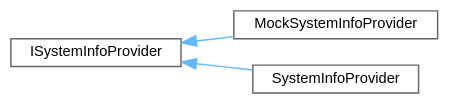
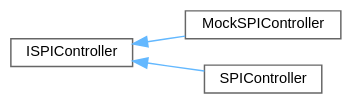
The diagram in docs/docs/inherit_graph_13.dot (SEAME-pt/2024-2025-HotWheels), drawn with Graphviz before and after one commit. The commit also changed 812 other files, not shown here.

```diff
--- a/docs/docs/inherit_graph_13.dot
+++ b/docs/docs/inherit_graph_13.dot
@@ -1,13 +1,13 @@
 digraph "Graphical Class Hierarchy"
 {
  // LATEX_PDF_SIZE
   bgcolor="transparent";
   edge [fontname=Helvetica,fontsize=10,labelfontname=Helvetica,labelfontsize=10];
   node [fontname=Helvetica,fontsize=10,shape=box,height=0.2,width=0.4];
   rankdir="LR";
-  Node0 [id="Node000000",label="ISystemInfoProvider",height=0.2,width=0.4,color="grey40", fillcolor="white", style="filled",URL="$classISystemInfoProvider.html",tooltip="Interface for providing system information to the display manager."];
-  Node0 -> Node1 [id="edge54_Node000000_Node000001",dir="back",color="steelblue1",style="solid",tooltip=" "];
-  Node1 [id="Node000001",label="MockSystemInfoProvider",height=0.2,width=0.4,color="grey40", fillcolor="white", style="filled",URL="$classMockSystemInfoProvider.html",tooltip="Class to emulate the behavior of the SystemInfoProvider module."];
-  Node0 -> Node2 [id="edge55_Node000000_Node000002",dir="back",color="steelblue1",style="solid",tooltip=" "];
-  Node2 [id="Node000002",label="SystemInfoProvider",height=0.2,width=0.4,color="grey40", fillcolor="white", style="filled",URL="$classSystemInfoProvider.html",tooltip="Class that provides system information to the display manager."];
+  Node0 [id="Node000000",label="ISPIController",height=0.2,width=0.4,color="grey40", fillcolor="white", style="filled",URL="$classISPIController.html",tooltip="Interface for the SPI controller."];
+  Node0 -> Node1 [id="edge13_Node000000_Node000001",dir="back",color="steelblue1",style="solid",tooltip=" "];
+  Node1 [id="Node000001",label="MockSPIController",height=0.2,width=0.4,color="grey40", fillcolor="white", style="filled",URL="$classMockSPIController.html",tooltip="Class to emulate the behavior of the SPI controller. (Overrided the Can0)"];
+  Node0 -> Node2 [id="edge14_Node000000_Node000002",dir="back",color="steelblue1",style="solid",tooltip=" "];
+  Node2 [id="Node000002",label="SPIController",height=0.2,width=0.4,color="grey40", fillcolor="white", style="filled",URL="$classSPIController.html",tooltip="Class that controls the SPI communication. ISPIController."];
 }
```
